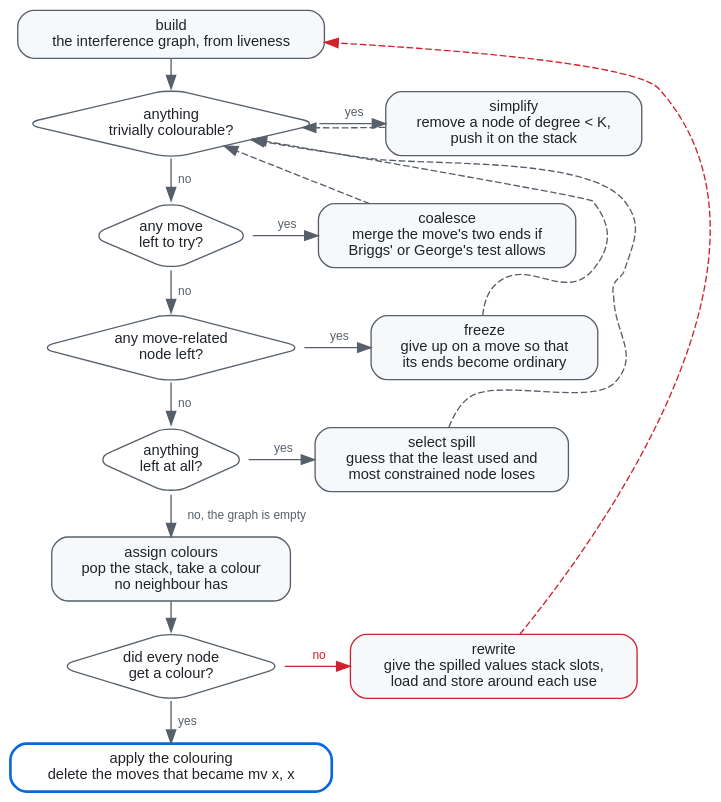
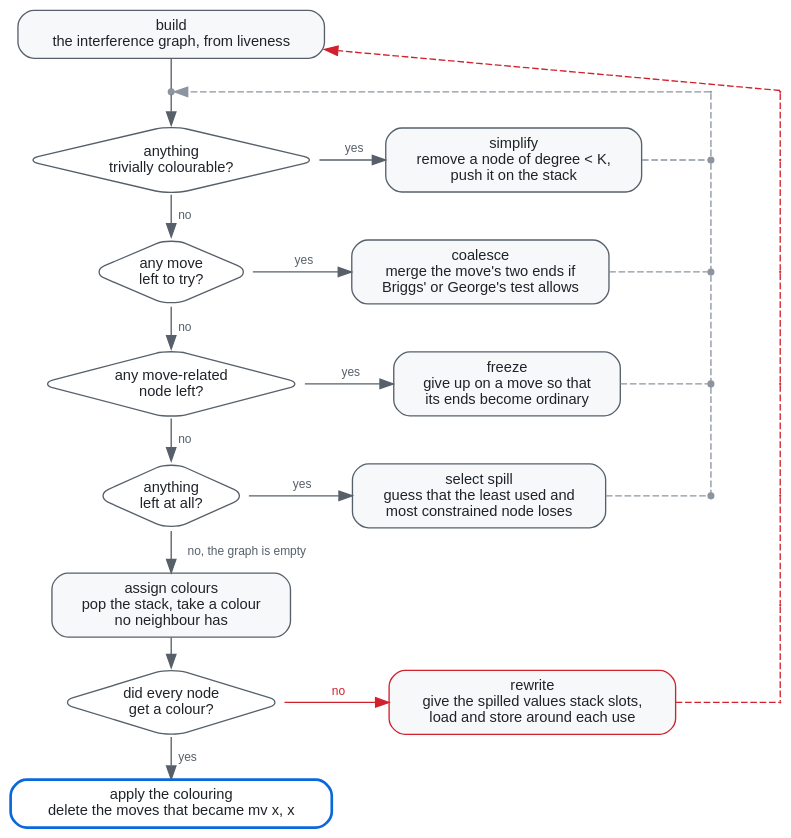
One commit to aita/CompLab changed the diagram in Sable/compiler/doc/figures/regalloc-loop.dot. Above: the diagram before and after it, drawn with Graphviz. The commit also changed 1 other file, not shown here.

Commit message:
Give the allocator's two return paths a lane each
The four dashed arrows back to the top of the cascade were `constraint =
false` and nothing else, so dot squeezed them all through the gap between the
column of tests and the column of operations and bent each one around whatever
it met.  The outer return, from rewrite to build, swung out in a long curve of
its own.

Each return path now runs in a lane: a point node at every rank, tied together
by constrained edges, all in one `group`.  That last part is what does the
work -- `group` aligns nodes joined by constrained edges, which is why the
edges between the lane's own nodes had to stop being `constraint = false`.  The
tests are a group too, so the `no` arrows drop straight instead of leaning.
Flat invisible edges keep the inner lane inside the outer one; without them dot
swapped the two and the horizontal stubs went diagonal instead.

The junctions where a step joins the inner lane are drawn, since a line really
does meet there.  The outer lane meets nothing on its way past, so its nodes
are corners and stay invisible.  Every arrow in the figure is now vertical or
horizontal.

```diff
--- a/Sable/compiler/doc/figures/regalloc-loop.dot
+++ b/Sable/compiler/doc/figures/regalloc-loop.dot
@@ -1,60 +1,113 @@
 // What `work ()` in regalloc.ml does, and the outer loop around it.  The
 // cascade of tests is the `if ... else if ...` chain in the source, in order.
+//
+// The two return paths run in lanes of their own: a column of point nodes,
+// one per rank, tied together by constrained edges and put in one `group`.
+// That is what makes dot draw them as straight verticals instead of letting
+// each hop wander around whatever box happens to be in the way.
+//
 // Render with ./render.sh (needs graphviz).
 digraph regalloc {
   rankdir = TB;
   bgcolor = "transparent";
   nodesep = 0.35;
   ranksep = 0.30;
   node [shape = box, style = "rounded,filled", fillcolor = "#f6f8fa",
         color = "#57606a", fontcolor = "#1f2328",
         fontname = "Helvetica", fontsize = 11, margin = "0.16,0.09"];
   edge [color = "#57606a", fontcolor = "#57606a",
         fontname = "Helvetica", fontsize = 9];
-  { node [shape = diamond, fillcolor = "#ffffff", margin = "0.02,0.01"];
+
+  // ------------------------------------------------ the cascade, one column
+  { node [group = "spine"]; build; select; done; }
+  { node [shape = diamond, fillcolor = "#ffffff", margin = "0.02,0.01",
+          group = "spine"];
     q1; q2; q3; q4; q5; }
+  // Where the inner loop rejoins: after build, before the first test.
+  { node [shape = point, width = 0.06, style = filled,
+          color = "#8c959f", fillcolor = "#8c959f", group = "spine"];
+    top; }
 
   build [label = "build\nthe interference graph, from liveness"];
   q1 [label = "anything\ntrivially colourable?"];
   q2 [label = "any move\nleft to try?"];
   q3 [label = "any move-related\nnode left?"];
   q4 [label = "anything\nleft at all?"];
   q5 [label = "did every node\nget a colour?"];
 
   simplify [label = "simplify\nremove a node of degree < K,\npush it on the stack"];
   coalesce [label = "coalesce\nmerge the move's two ends if\nBriggs' or George's test allows"];
   freeze   [label = "freeze\ngive up on a move so that\nits ends become ordinary"];
   spill    [label = "select spill\nguess that the least used and\nmost constrained node loses"];
   select   [label = "assign colours\npop the stack, take a colour\nno neighbour has"];
   rewrite  [label = "rewrite\ngive the spilled values stack slots,\nload and store around each use",
             color = "#cf222e"];
   done     [label = "apply the colouring\ndelete the moves that became mv x, x",
             fillcolor = "#ffffff", color = "#0969da", penwidth = 2];
 
-  build -> q1;
+  // ------------------------------------------------------------- the lanes
+  // b1..b4 are real junctions -- a step joins the lane there -- so they are
+  // drawn.  The outer lane joins nothing on the way past, so its nodes are
+  // corners only and stay invisible.
+  { node [shape = point, width = 0.06, style = filled,
+          color = "#8c959f", fillcolor = "#8c959f", group = "inner"];
+    b1; b2; b3; b4; }
+  // The corner the inner lane turns at, so the last hop is two straight
+  // segments rather than one long diagonal.
+  { node [shape = point, width = 0.01, style = filled,
+          color = "#8c959f", fillcolor = "#8c959f", group = "inner"]; b0; }
+  { node [shape = point, width = 0.01, style = filled,
+          color = "#cf222e", fillcolor = "#cf222e", group = "outer"];
+    c0; c1; c2; c3; c4; c5; c6; }
+
+  // ---------------------------------------------------------- the flow down
+  build -> top [dir = none];
+  top -> q1;
   q1 -> q2 [label = "  no"];
   q2 -> q3 [label = "  no"];
   q3 -> q4 [label = "  no"];
   q4 -> select [label = "  no, the graph is empty"];
   select -> q5;
   q5 -> done [label = "  yes"];
 
-  { rank = same; q1; simplify; }
-  { rank = same; q2; coalesce; }
-  { rank = same; q3; freeze; }
-  { rank = same; q4; spill; }
-  { rank = same; q5; rewrite; }
+  { rank = same; top; b0; c0; }
+  { rank = same; q1; simplify; b1; c1; }
+  { rank = same; q2; coalesce; b2; c2; }
+  { rank = same; q3; freeze;   b3; c3; }
+  { rank = same; q4; spill;    b4; c4; }
+  { rank = same; select; c5; }
+  { rank = same; q5; rewrite; c6; }
+
+  // Flat edges fix the left-to-right order within a rank: the inner lane
+  // stays inside the outer one whatever the boxes do.
+  edge [style = invis];
+  b0 -> c0; b1 -> c1; b2 -> c2; b3 -> c3; b4 -> c4;
+  edge [style = solid];
 
   q1 -> simplify [label = "  yes"];
   q2 -> coalesce [label = "  yes"];
   q3 -> freeze [label = "  yes"];
   q4 -> spill [label = "  yes"];
   q5 -> rewrite [label = "  no", color = "#cf222e", fontcolor = "#cf222e"];
 
-  // Every step but the last goes back to the top of the cascade.
-  simplify -> q1 [style = dashed, constraint = false];
-  coalesce -> q1 [style = dashed, constraint = false];
-  freeze -> q1 [style = dashed, constraint = false];
-  spill -> q1 [style = dashed, constraint = false];
-  rewrite -> build [style = dashed, constraint = false, color = "#cf222e"];
+  // Every step of the cascade goes back to the top of the cascade.
+  simplify -> b1 [dir = none, style = dashed, color = "#8c959f"];
+  coalesce -> b2 [dir = none, style = dashed, color = "#8c959f"];
+  freeze   -> b3 [dir = none, style = dashed, color = "#8c959f"];
+  spill    -> b4 [dir = none, style = dashed, color = "#8c959f"];
+  b1 -> b2 [dir = none, style = dashed, color = "#8c959f"];
+  b2 -> b3 [dir = none, style = dashed, color = "#8c959f"];
+  b3 -> b4 [dir = none, style = dashed, color = "#8c959f"];
+  b0 -> b1 [dir = none, style = dashed, color = "#8c959f"];
+  b0 -> top [style = dashed, color = "#8c959f", constraint = false];
+
+  // A spill sends the whole thing back to build: a new graph, from scratch.
+  rewrite -> c6 [dir = none, style = dashed, color = "#cf222e"];
+  c0 -> c1 [dir = none, style = dashed, color = "#cf222e"];
+  c1 -> c2 [dir = none, style = dashed, color = "#cf222e"];
+  c2 -> c3 [dir = none, style = dashed, color = "#cf222e"];
+  c3 -> c4 [dir = none, style = dashed, color = "#cf222e"];
+  c4 -> c5 [dir = none, style = dashed, color = "#cf222e"];
+  c5 -> c6 [dir = none, style = dashed, color = "#cf222e"];
+  c0 -> build [style = dashed, color = "#cf222e", constraint = false];
 }
```
